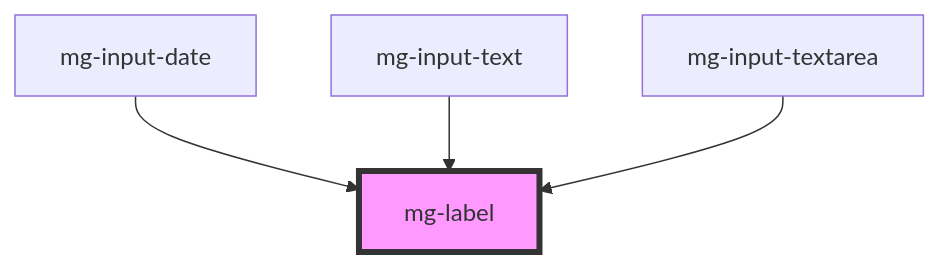
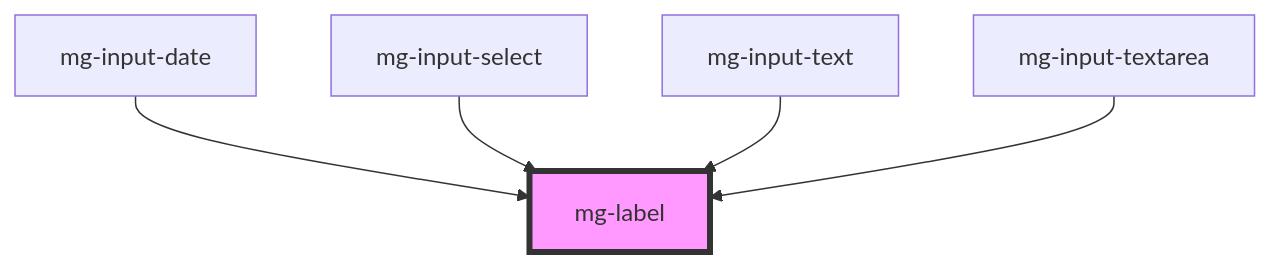
One commit to MGDIS/mg-components changed the diagram in src/components/atoms/mg-label/readme.md. Above: the diagram before and after it, drawn with Mermaid. The commit also changed other lines of this file and 25 other files, not shown here.

First line of the commit message:
feat(input-select): add molecule

````diff
--- a/src/components/atoms/mg-label/readme.md
+++ b/src/components/atoms/mg-label/readme.md
@@ -26,7 +27,8 @@
 ```mermaid
 graph TD;
   mg-input-date --> mg-label
+  mg-input-select --> mg-label
   mg-input-text --> mg-label
   mg-input-textarea --> mg-label
   style mg-label fill:#f9f,stroke:#333,stroke-width:4px
 ```
````
